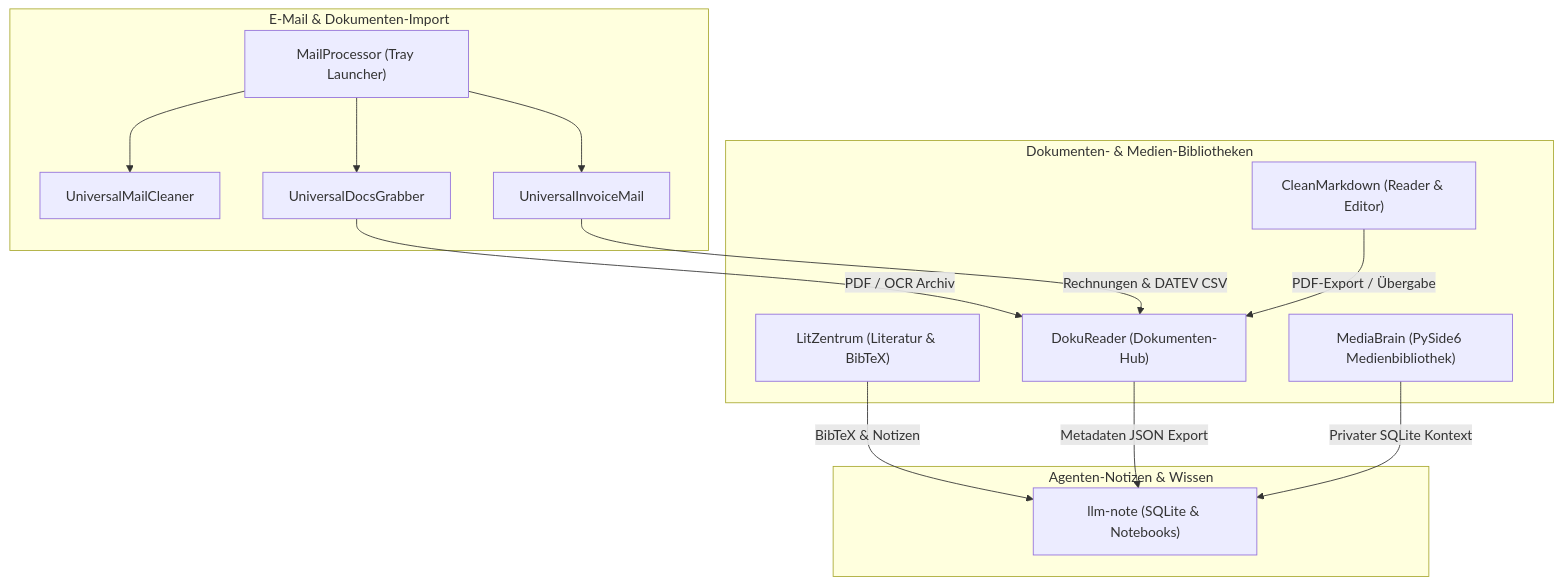
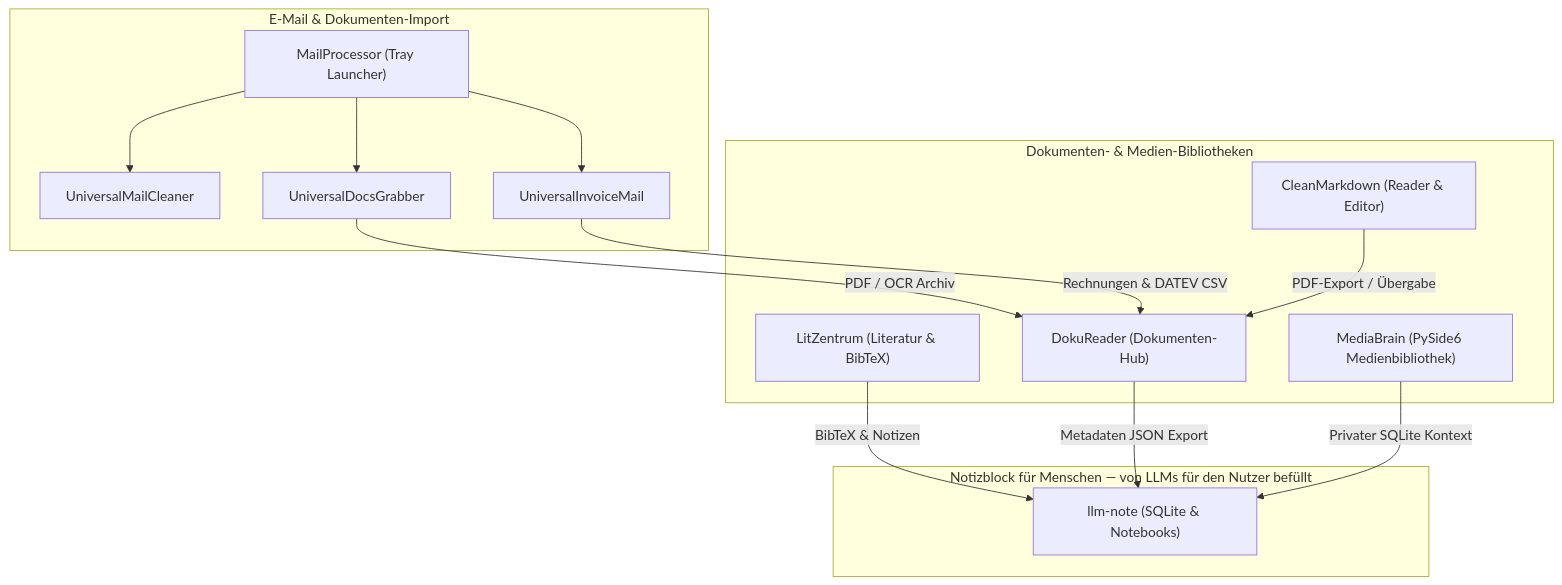
The diagram in profile/README_de.md (doc-bricks/.github), drawn with Mermaid before and after one commit. The commit also changed 2 other files, not shown here.

Commit message:
docs(profile): correct llm-note role in ecosystem architecture diagram (v1.0.4)
llm-note is a notepad for humans whose content is filled by LLMs on the
user's behalf — not a notepad for LLM agents. Fixed subgraph label in
profile/README.md and profile/README_de.md. Ref T-20260801-02.

````diff
--- a/profile/README_de.md
+++ b/profile/README_de.md
@@ -30,26 +30,26 @@
 ```mermaid
 graph TD
     subgraph Intake ["E-Mail & Dokumenten-Import"]
         MP["MailProcessor (Tray Launcher)"] --> UMC["UniversalMailCleaner"]
         MP --> UDG["UniversalDocsGrabber"]
         MP --> UIM["UniversalInvoiceMail"]
     end
 
     subgraph Library ["Dokumenten- & Medien-Bibliotheken"]
         DR["DokuReader (Dokumenten-Hub)"]
         CM["CleanMarkdown (Reader & Editor)"]
         LZ["LitZentrum (Literatur & BibTeX)"]
         MB["MediaBrain (PySide6 Medienbibliothek)"]
     end
 
-    subgraph AgentNotes ["Agenten-Notizen & Wissen"]
+    subgraph HumanNotes ["Notizblock für Menschen — von LLMs für den Nutzer befüllt"]
         LN["llm-note (SQLite & Notebooks)"]
     end
 
     UDG -->|"PDF / OCR Archiv"| DR
     UIM -->|"Rechnungen & DATEV CSV"| DR
     CM -->|"PDF-Export / Übergabe"| DR
     LZ -->|"BibTeX & Notizen"| LN
     DR -->|"Metadaten JSON Export"| LN
     MB -->|"Privater SQLite Kontext"| LN
 ```
````
